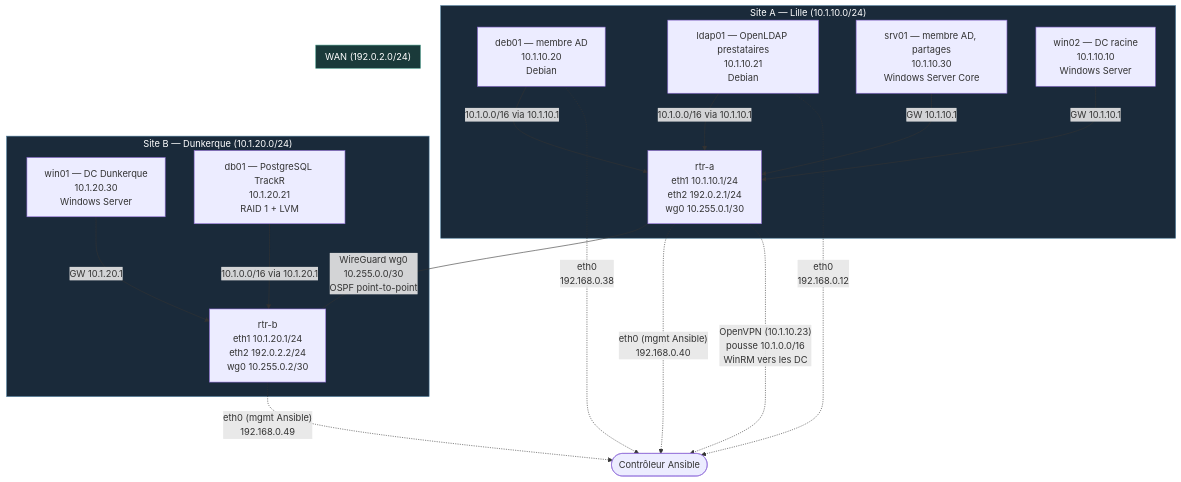
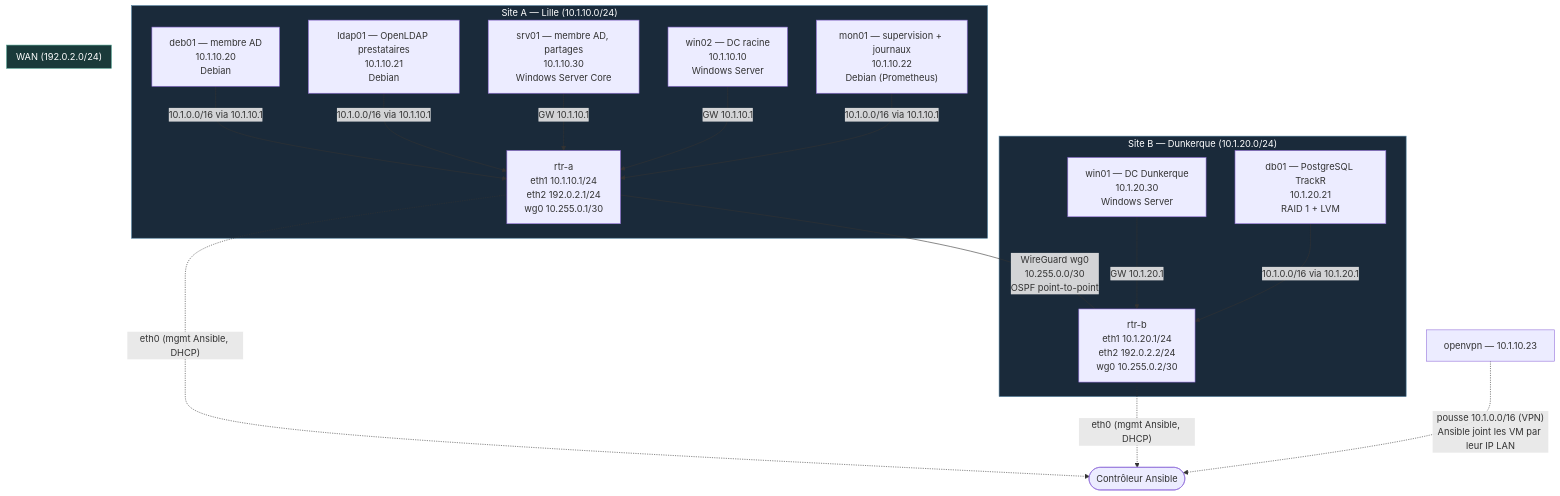
One commit to maelsrs/b3-adminsys changed the diagram in ansible/README.md. Above: the diagram before and after it, drawn with Mermaid.

Commit message:
README : schéma à jour (mon01 ajouté, openvpn en passerelle VPN, IP de gestion DHCP retirées)

````diff
--- a/ansible/README.md
+++ b/ansible/README.md
@@ -10,39 +10,39 @@
 ```mermaid
 graph TD
   subgraph site_a["Site A — Lille (10.1.10.0/24)"]
     deb01["deb01 — membre AD\n10.1.10.20\nDebian"]
     ldap01["ldap01 — OpenLDAP prestataires\n10.1.10.21\nDebian"]
     srv01["srv01 — membre AD, partages\n10.1.10.30\nWindows Server Core"]
     win02["win02 — DC racine\n10.1.10.10\nWindows Server"]
+    mon01["mon01 — supervision + journaux\n10.1.10.22\nDebian (Prometheus)"]
     rtr_a["rtr-a\neth1 10.1.10.1/24\neth2 192.0.2.1/24\nwg0 10.255.0.1/30"]
   end
 
   subgraph site_b["Site B — Dunkerque (10.1.20.0/24)"]
     rtr_b["rtr-b\neth1 10.1.20.1/24\neth2 192.0.2.2/24\nwg0 10.255.0.2/30"]
     win01["win01 — DC Dunkerque\n10.1.20.30\nWindows Server"]
     db01["db01 — PostgreSQL TrackR\n10.1.20.21\nRAID 1 + LVM"]
   end
 
   subgraph wan["WAN (192.0.2.0/24)"]
     rtr_a -- "WireGuard wg0\n10.255.0.0/30\nOSPF point-to-point" --- rtr_b
   end
 
   deb01 -->|"10.1.0.0/16 via 10.1.10.1"| rtr_a
   ldap01 -->|"10.1.0.0/16 via 10.1.10.1"| rtr_a
   srv01 -->|"GW 10.1.10.1"| rtr_a
   win02 -->|"GW 10.1.10.1"| rtr_a
+  mon01 -->|"10.1.0.0/16 via 10.1.10.1"| rtr_a
   win01 -->|"GW 10.1.20.1"| rtr_b
   db01 -->|"10.1.0.0/16 via 10.1.20.1"| rtr_b
 
-  rtr_a -. "eth0 (mgmt Ansible)\n192.168.0.40" .-> ctrl
-  rtr_b -. "eth0 (mgmt Ansible)\n192.168.0.49" .-> ctrl
-  deb01 -. "eth0\n192.168.0.38" .-> ctrl
-  ldap01 -. "eth0\n192.168.0.12" .-> ctrl
-  rtr_a -. "OpenVPN (10.1.10.23)\npousse 10.1.0.0/16\nWinRM vers les DC" .-> ctrl
+  rtr_a -. "eth0 (mgmt Ansible, DHCP)" .-> ctrl
+  rtr_b -. "eth0 (mgmt Ansible, DHCP)" .-> ctrl
+  openvpn["openvpn — 10.1.10.23"] -. "pousse 10.1.0.0/16 (VPN)\nAnsible joint les VM par leur IP LAN" .-> ctrl
 
   ctrl(["Contrôleur Ansible"])
 
   style wan fill:#1a3a3a,color:#fff,stroke:#4a9a8a
   style site_a fill:#1a2a3a,color:#fff,stroke:#4a7a9a
   style site_b fill:#1a2a3a,color:#fff,stroke:#4a7a9a
 ```
````
